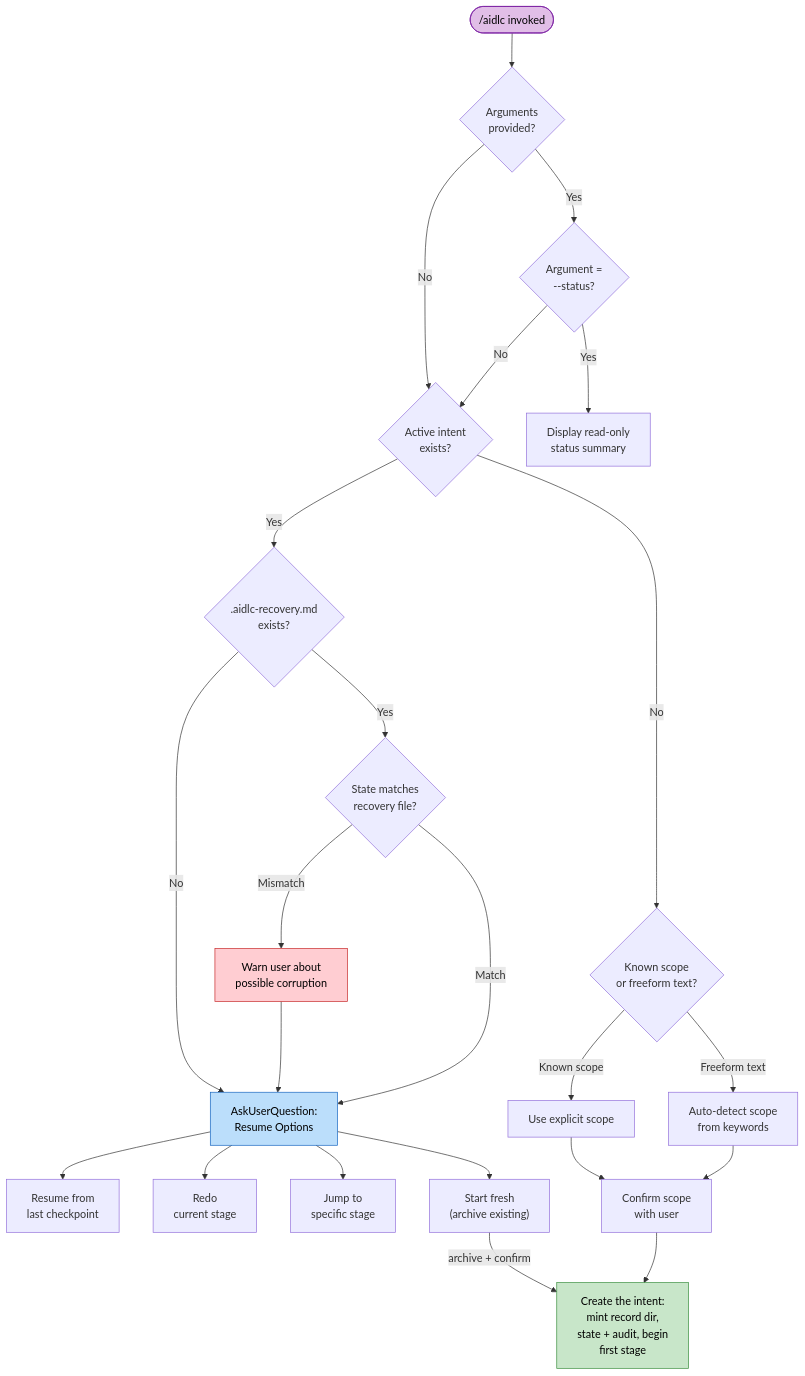
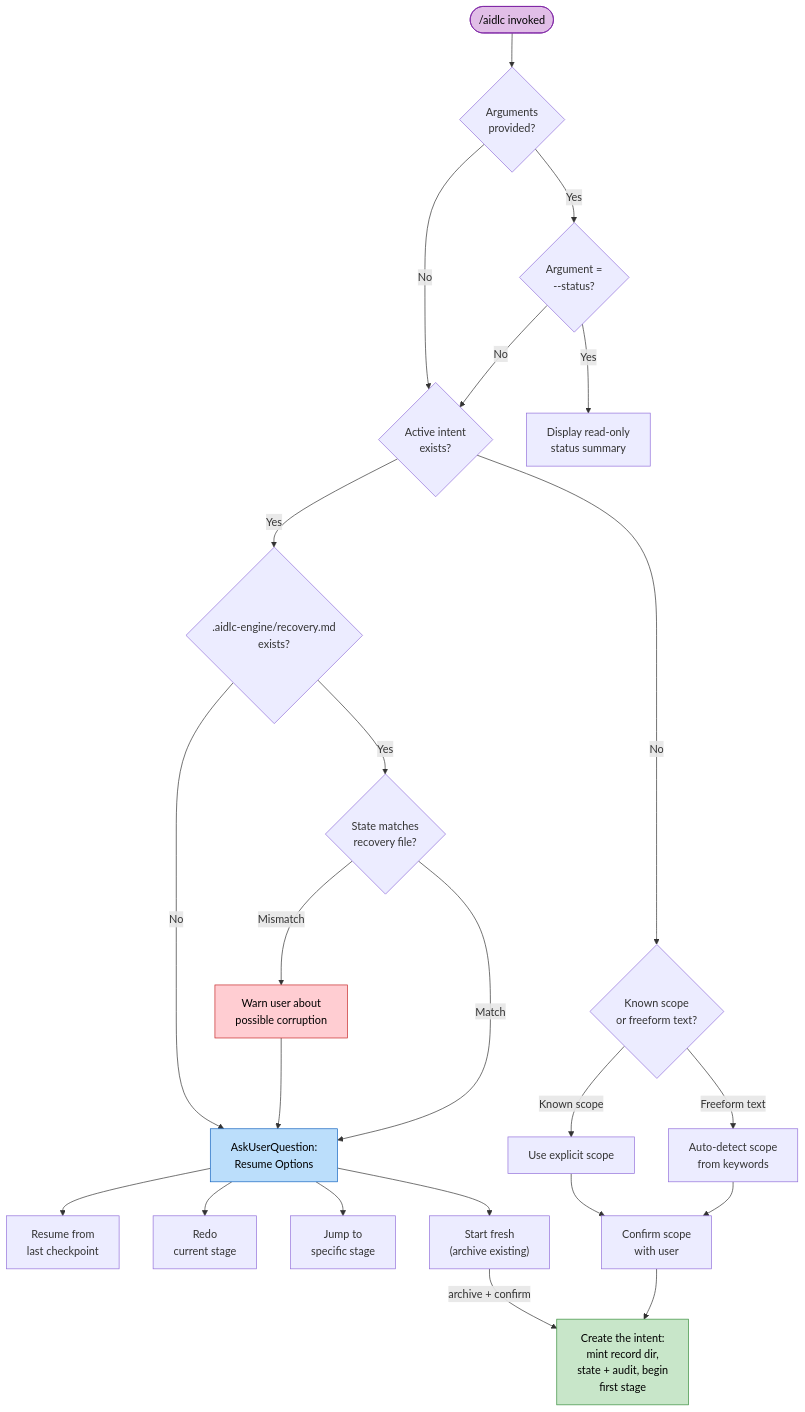
The eighth of 12 diagrams in docs/reference/en/diagrams.md (otomatty/aidlc-guide), drawn with Mermaid before and after one commit. The commit also changed other lines of this file and 450 other files, not shown here.

````diff
--- a/docs/reference/en/diagrams.md
+++ b/docs/reference/en/diagrams.md
@@ -380,54 +380,54 @@
 ```mermaid
 flowchart TD
     START(["/aidlc invoked"])
     ARG_CHECK{"Arguments\nprovided?"}
     STATUS_CHECK{"Argument =\n--status?"}
     STATE_EXISTS{"Active intent\nexists?"}
-    RECOVERY_CHECK{".aidlc-recovery.md\nexists?"}
+    RECOVERY_CHECK{".aidlc-engine/recovery.md\nexists?"}
     CORRUPTION{"State matches\nrecovery file?"}
     WARN["Warn user about\npossible corruption"]
 
     RESUME_MENU["AskUserQuestion:\nResume Options"]
     OPT_RESUME["Resume from\nlast checkpoint"]
     OPT_REDO["Redo\ncurrent stage"]
     OPT_JUMP["Jump to\nspecific stage"]
     OPT_FRESH["Start fresh\n(archive existing)"]
 
     STATUS_DISPLAY["Display read-only\nstatus summary"]
     SCOPE_DETECT{"Known scope\nor freeform text?"}
     KNOWN_SCOPE["Use explicit scope"]
     FREEFORM["Auto-detect scope\nfrom keywords"]
     CONFIRM_SCOPE["Confirm scope\nwith user"]
     CREATE["Create the intent:\nmint record dir,\nstate + audit, begin\nfirst stage"]
 
     START --> ARG_CHECK
     ARG_CHECK -->|Yes| STATUS_CHECK
     ARG_CHECK -->|No| STATE_EXISTS
 
     STATUS_CHECK -->|Yes| STATUS_DISPLAY
     STATUS_CHECK -->|No| STATE_EXISTS
 
     STATE_EXISTS -->|Yes| RECOVERY_CHECK
     STATE_EXISTS -->|No| SCOPE_DETECT
 
     RECOVERY_CHECK -->|Yes| CORRUPTION
     RECOVERY_CHECK -->|No| RESUME_MENU
     CORRUPTION -->|Mismatch| WARN --> RESUME_MENU
     CORRUPTION -->|Match| RESUME_MENU
 
     RESUME_MENU --> OPT_RESUME
     RESUME_MENU --> OPT_REDO
     RESUME_MENU --> OPT_JUMP
     RESUME_MENU --> OPT_FRESH
 
     OPT_FRESH -->|"archive + confirm"| CREATE
 
     SCOPE_DETECT -->|"Known scope"| KNOWN_SCOPE --> CONFIRM_SCOPE
     SCOPE_DETECT -->|"Freeform text"| FREEFORM --> CONFIRM_SCOPE
     CONFIRM_SCOPE --> CREATE
 
     style START fill:#e1bee7,stroke:#7b1fa2,color:#000
     style RESUME_MENU fill:#bbdefb,stroke:#1565c0,color:#000
     style CREATE fill:#c8e6c9,stroke:#388e3c,color:#000
     style WARN fill:#ffcdd2,stroke:#c62828,color:#000
 ```
````
